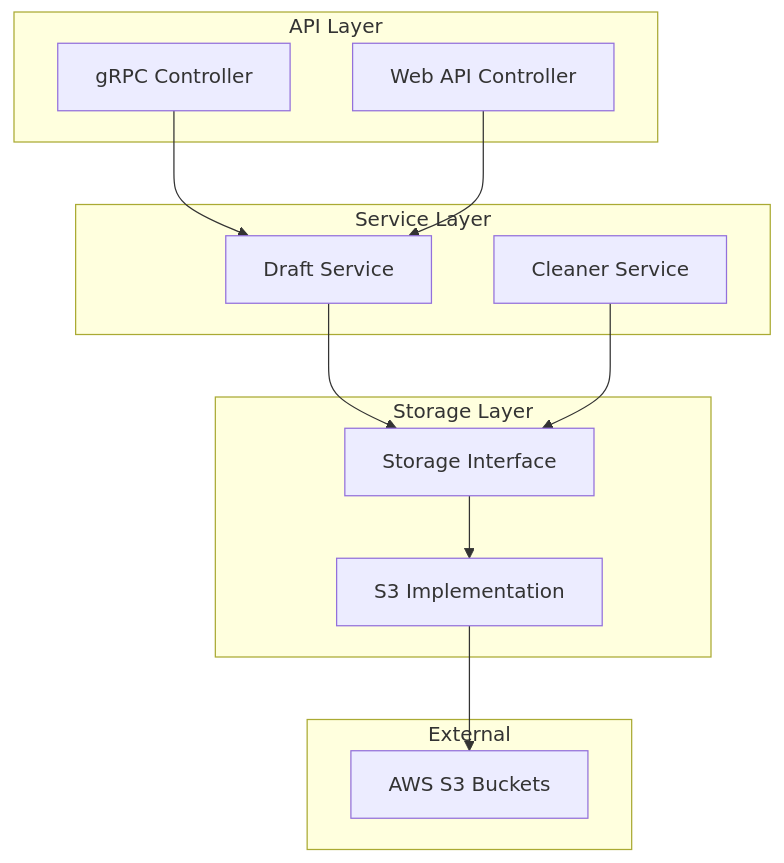
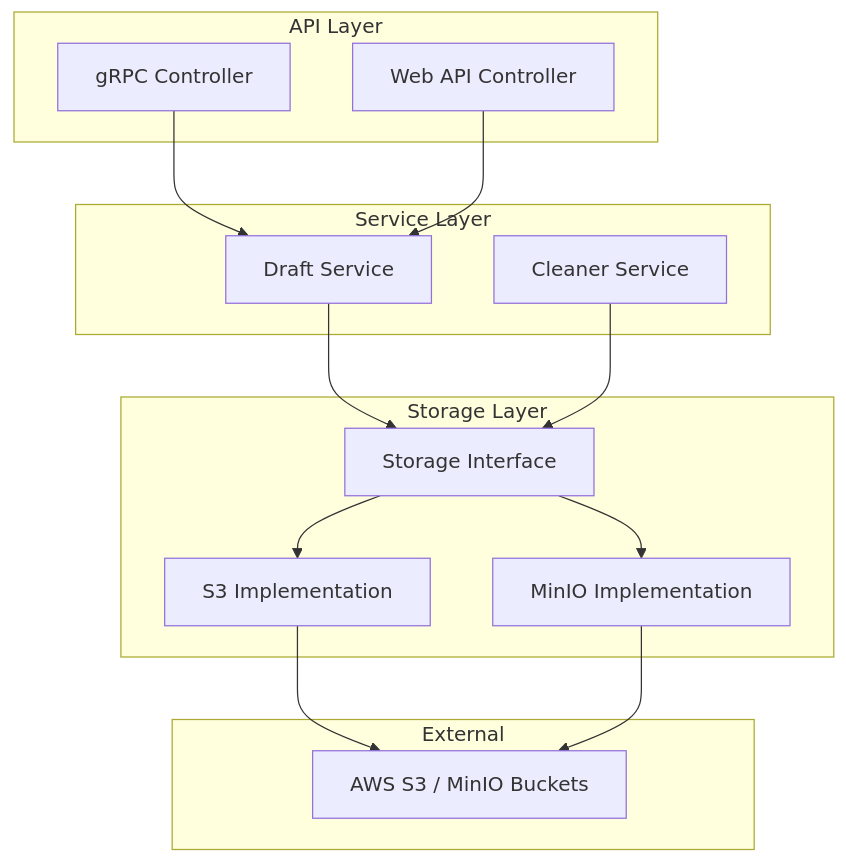
One commit to snowmerak/DraftStore changed the first of 7 diagrams in README.md. Above: the diagram before and after it, drawn with Mermaid. The commit also changed other lines of this file and 2 other files, not shown here.

Commit message:
feat(config): add MinIO support and refactor storage client configuration

````diff
--- a/README.md
+++ b/README.md
@@ -9,28 +9,31 @@
 ```mermaid
 graph TB
     subgraph "API Layer"
         gRPCController[gRPC Controller]
         WebAPIController[Web API Controller]
     end
     
     subgraph "Service Layer"
         DraftService[Draft Service]
         CleanerService[Cleaner Service]
     end
     
     subgraph "Storage Layer"
         StorageInterface[Storage Interface]
         S3Implementation[S3 Implementation]
+        MinIOImplementation[MinIO Implementation]
     end
     
     subgraph "External"
-        S3Bucket[AWS S3 Buckets]
+        S3Bucket[AWS S3 / MinIO Buckets]
     end
     
     gRPCController --> DraftService
     WebAPIController --> DraftService
     DraftService --> StorageInterface
     CleanerService --> StorageInterface
     StorageInterface --> S3Implementation
+    StorageInterface --> MinIOImplementation
     S3Implementation --> S3Bucket
+    MinIOImplementation --> S3Bucket
 ```
````
